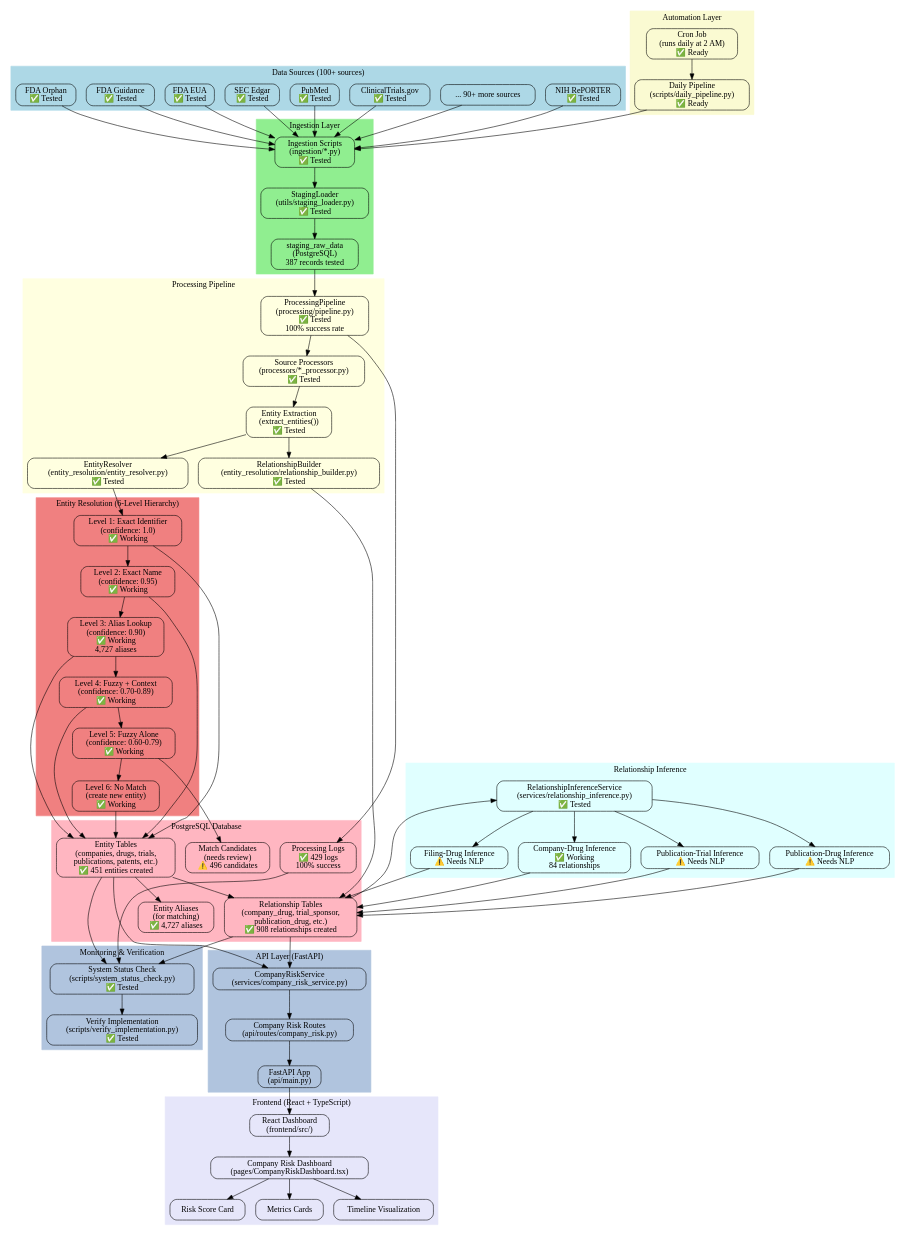
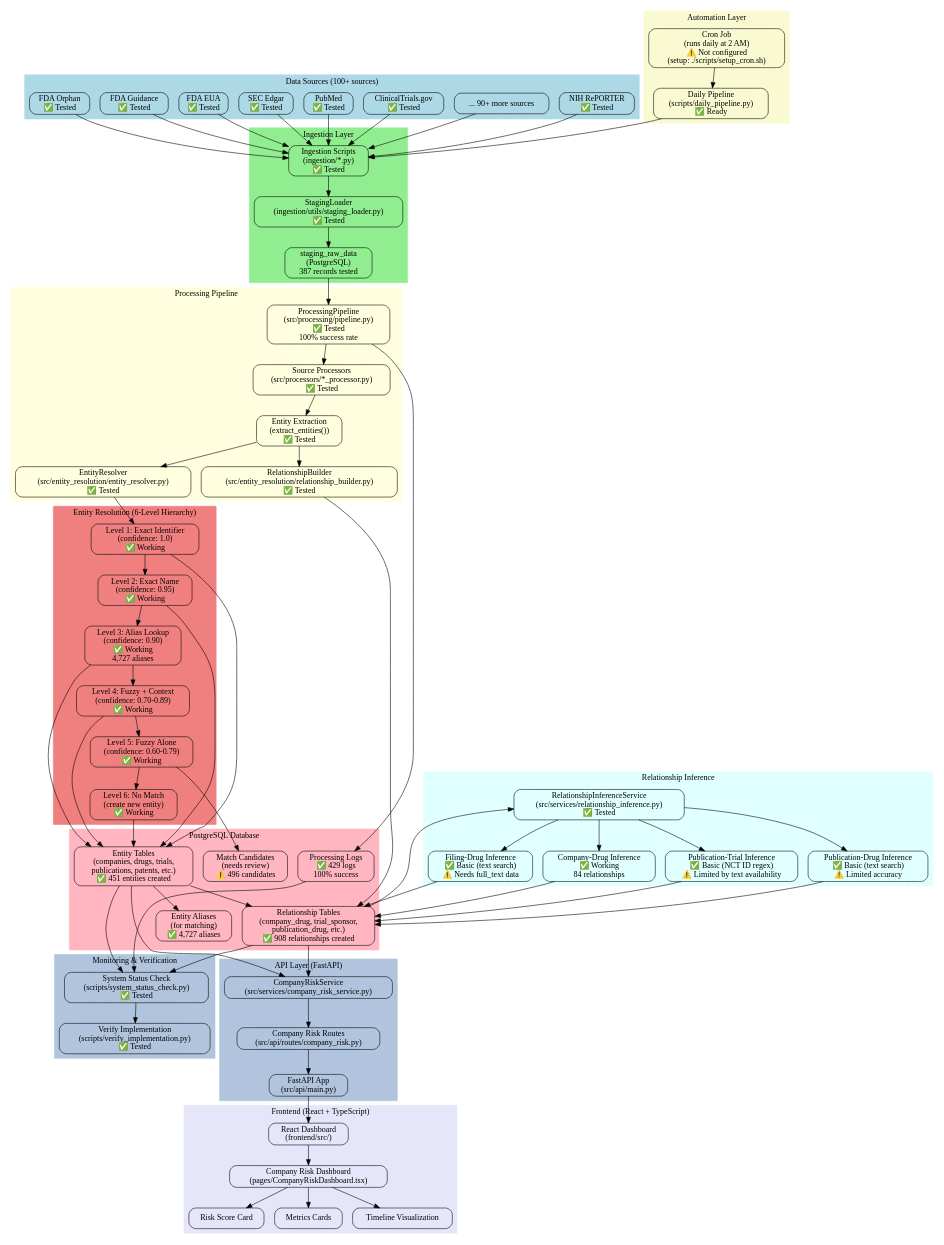
One commit to daniyal-rahman/CROcashi changed the diagram in WORKFLOW_DIAGRAM.dot. Above: the diagram before and after it, drawn with Graphviz. The commit also changed 20 other files, not shown here.

```diff
--- a/WORKFLOW_DIAGRAM.dot
+++ b/WORKFLOW_DIAGRAM.dot
@@ -25,7 +25,7 @@
         color=lightgreen;
         
         IngestionScripts [label="Ingestion Scripts\n(ingestion/*.py)\n✅ Tested"];
-        StagingLoader [label="StagingLoader\n(utils/staging_loader.py)\n✅ Tested"];
+        StagingLoader [label="StagingLoader\n(ingestion/utils/staging_loader.py)\n✅ Tested"];
         StagingTable [label="staging_raw_data\n(PostgreSQL)\n387 records tested"];
     }
     
@@ -36,7 +36,7 @@
         color=lightgoldenrodyellow;
         
         DailyPipeline [label="Daily Pipeline\n(scripts/daily_pipeline.py)\n✅ Ready"];
-        CronJob [label="Cron Job\n(runs daily at 2 AM)\n✅ Ready"];
+        CronJob [label="Cron Job\n(runs daily at 2 AM)\n⚠️ Not configured\n(setup: ./scripts/setup_cron.sh)"];
     }
     
     /* Processing Pipeline */
@@ -45,11 +45,11 @@
         style=filled;
         color=lightyellow;
         
-        ProcessingPipeline [label="ProcessingPipeline\n(processing/pipeline.py)\n✅ Tested\n100% success rate"];
-        SourceProcessors [label="Source Processors\n(processors/*_processor.py)\n✅ Tested"];
+        ProcessingPipeline [label="ProcessingPipeline\n(src/processing/pipeline.py)\n✅ Tested\n100% success rate"];
+        SourceProcessors [label="Source Processors\n(src/processors/*_processor.py)\n✅ Tested"];
         EntityExtraction [label="Entity Extraction\n(extract_entities())\n✅ Tested"];
-        EntityResolver [label="EntityResolver\n(entity_resolution/entity_resolver.py)\n✅ Tested"];
-        RelationshipBuilder [label="RelationshipBuilder\n(entity_resolution/relationship_builder.py)\n✅ Tested"];
+        EntityResolver [label="EntityResolver\n(src/entity_resolution/entity_resolver.py)\n✅ Tested"];
+        RelationshipBuilder [label="RelationshipBuilder\n(src/entity_resolution/relationship_builder.py)\n✅ Tested"];
     }
     
     /* Entity Resolution */
@@ -85,11 +85,11 @@
         style=filled;
         color=lightcyan;
         
-        InferenceService [label="RelationshipInferenceService\n(services/relationship_inference.py)\n✅ Tested"];
+        InferenceService [label="RelationshipInferenceService\n(src/services/relationship_inference.py)\n✅ Tested"];
         CompanyDrugInf [label="Company-Drug Inference\n✅ Working\n84 relationships"];
-        PublicationTrialInf [label="Publication-Trial Inference\n⚠️ Needs NLP"];
-        PublicationDrugInf [label="Publication-Drug Inference\n⚠️ Needs NLP"];
-        FilingDrugInf [label="Filing-Drug Inference\n⚠️ Needs NLP"];
+        PublicationTrialInf [label="Publication-Trial Inference\n✅ Basic (NCT ID regex)\n⚠️ Limited by text availability"];
+        PublicationDrugInf [label="Publication-Drug Inference\n✅ Basic (text search)\n⚠️ Limited accuracy"];
+        FilingDrugInf [label="Filing-Drug Inference\n✅ Basic (text search)\n⚠️ Needs full_text data"];
     }
     
     /* Monitoring */
@@ -108,9 +108,9 @@
         style=filled;
         color=lightsteelblue;
         
-        FastAPI [label="FastAPI App\n(api/main.py)"];
-        CompanyRiskAPI [label="Company Risk Routes\n(api/routes/company_risk.py)"];
-        CompanyRiskService [label="CompanyRiskService\n(services/company_risk_service.py)"];
+        FastAPI [label="FastAPI App\n(src/api/main.py)"];
+        CompanyRiskAPI [label="Company Risk Routes\n(src/api/routes/company_risk.py)"];
+        CompanyRiskService [label="CompanyRiskService\n(src/services/company_risk_service.py)"];
     }
     
     /* Frontend */
```
